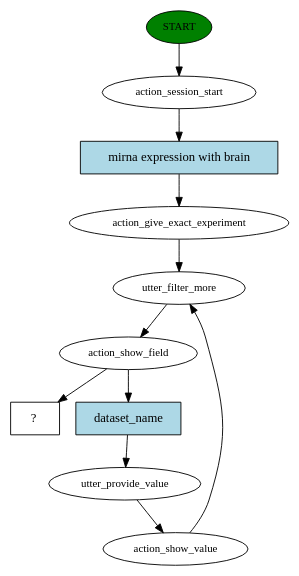
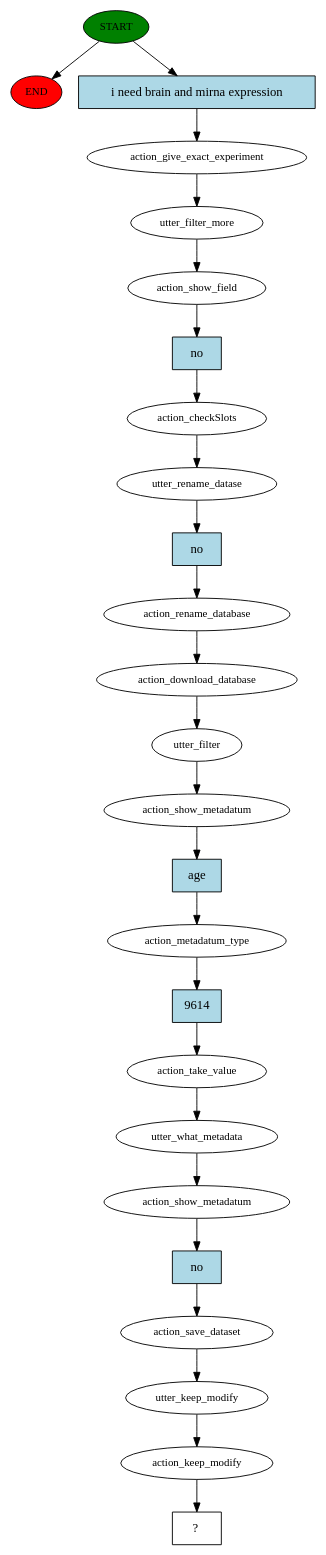
The diagram in backend/geco/story_graph.dot (DEIB-GECO/GeCo-5.0), drawn with Graphviz before and after one commit. The commit also changed 37 other files, not shown here.

```diff
--- a/backend/geco/story_graph.dot
+++ b/backend/geco/story_graph.dot
@@ -1,22 +1,51 @@
 digraph  {
 0 [class="start active", fillcolor=green, fontsize=12, label=START, style=filled];
-1 [class=active, fontsize=12, label=action_session_start];
-2 [class=active, fontsize=12, label=action_give_exact_experiment];
-3 [class=active, fontsize=12, label=utter_filter_more];
-4 [class=active, fontsize=12, label=action_show_field];
-5 [class=active, fontsize=12, label=utter_provide_value];
-6 [class=active, fontsize=12, label=action_show_value];
-9 [class="intent dashed active", label="  ?  ", shape=rect];
-10 [class="intent active", fillcolor=lightblue, label="mirna expression with brain", shape=rect, style=filled];
-11 [class="intent active", fillcolor=lightblue, label=dataset_name, shape=rect, style=filled];
-0 -> 1  [class=active, key=NONE, label=""];
-1 -> 10  [class=active, key=0];
+"-1" [class=end, fillcolor=red, fontsize=12, label=END, style=filled];
+1 [class=active, fontsize=12, label=action_give_exact_experiment];
+2 [class=active, fontsize=12, label=utter_filter_more];
+3 [class=active, fontsize=12, label=action_show_field];
+4 [class=active, fontsize=12, label=action_checkSlots];
+5 [class=active, fontsize=12, label=utter_rename_datase];
+6 [class=active, fontsize=12, label=action_rename_database];
+7 [class=active, fontsize=12, label=action_download_database];
+8 [class=active, fontsize=12, label=utter_filter];
+9 [class=active, fontsize=12, label=action_show_metadatum];
+10 [class=active, fontsize=12, label=action_metadatum_type];
+11 [class=active, fontsize=12, label=action_take_value];
+12 [class=active, fontsize=12, label=utter_what_metadata];
+13 [class=active, fontsize=12, label=action_show_metadatum];
+14 [class=active, fontsize=12, label=action_save_dataset];
+15 [class=active, fontsize=12, label=utter_keep_modify];
+16 [class=active, fontsize=12, label=action_keep_modify];
+17 [class="intent dashed active", label="  ?  ", shape=rect];
+18 [class="intent active", fillcolor=lightblue, label="i need brain and mirna expression", shape=rect, style=filled];
+19 [class="intent active", fillcolor=lightblue, label=no, shape=rect, style=filled];
+20 [class="intent active", fillcolor=lightblue, label=no, shape=rect, style=filled];
+21 [class="intent active", fillcolor=lightblue, label=age, shape=rect, style=filled];
+22 [class="intent active", fillcolor=lightblue, label=9614, shape=rect, style=filled];
+23 [class="intent active", fillcolor=lightblue, label=no, shape=rect, style=filled];
+0 -> "-1"  [class="", key=NONE, label=""];
+0 -> 18  [class=active, key=0];
+1 -> 2  [class=active, key=NONE, label=""];
 2 -> 3  [class=active, key=NONE, label=""];
-3 -> 4  [class=active, key=NONE, label=""];
-4 -> 9  [class=active, key=NONE, label=""];
-4 -> 11  [class=active, key=0];
-5 -> 6  [class=active, key=NONE, label=""];
-6 -> 3  [class=active, key=NONE, label=""];
-10 -> 2  [class=active, key=0];
-11 -> 5  [class=active, key=0];
+3 -> 19  [class=active, key=0];
+4 -> 5  [class=active, key=NONE, label=""];
+5 -> 20  [class=active, key=0];
+6 -> 7  [class=active, key=NONE, label=""];
+7 -> 8  [class=active, key=NONE, label=""];
+8 -> 9  [class=active, key=NONE, label=""];
+9 -> 21  [class=active, key=0];
+10 -> 22  [class=active, key=0];
+11 -> 12  [class=active, key=NONE, label=""];
+12 -> 13  [class=active, key=NONE, label=""];
+13 -> 23  [class=active, key=0];
+14 -> 15  [class=active, key=NONE, label=""];
+15 -> 16  [class=active, key=NONE, label=""];
+16 -> 17  [class=active, key=NONE, label=""];
+18 -> 1  [class=active, key=0];
+19 -> 4  [class=active, key=0];
+20 -> 6  [class=active, key=0];
+21 -> 10  [class=active, key=0];
+22 -> 11  [class=active, key=0];
+23 -> 14  [class=active, key=0];
 }
```
